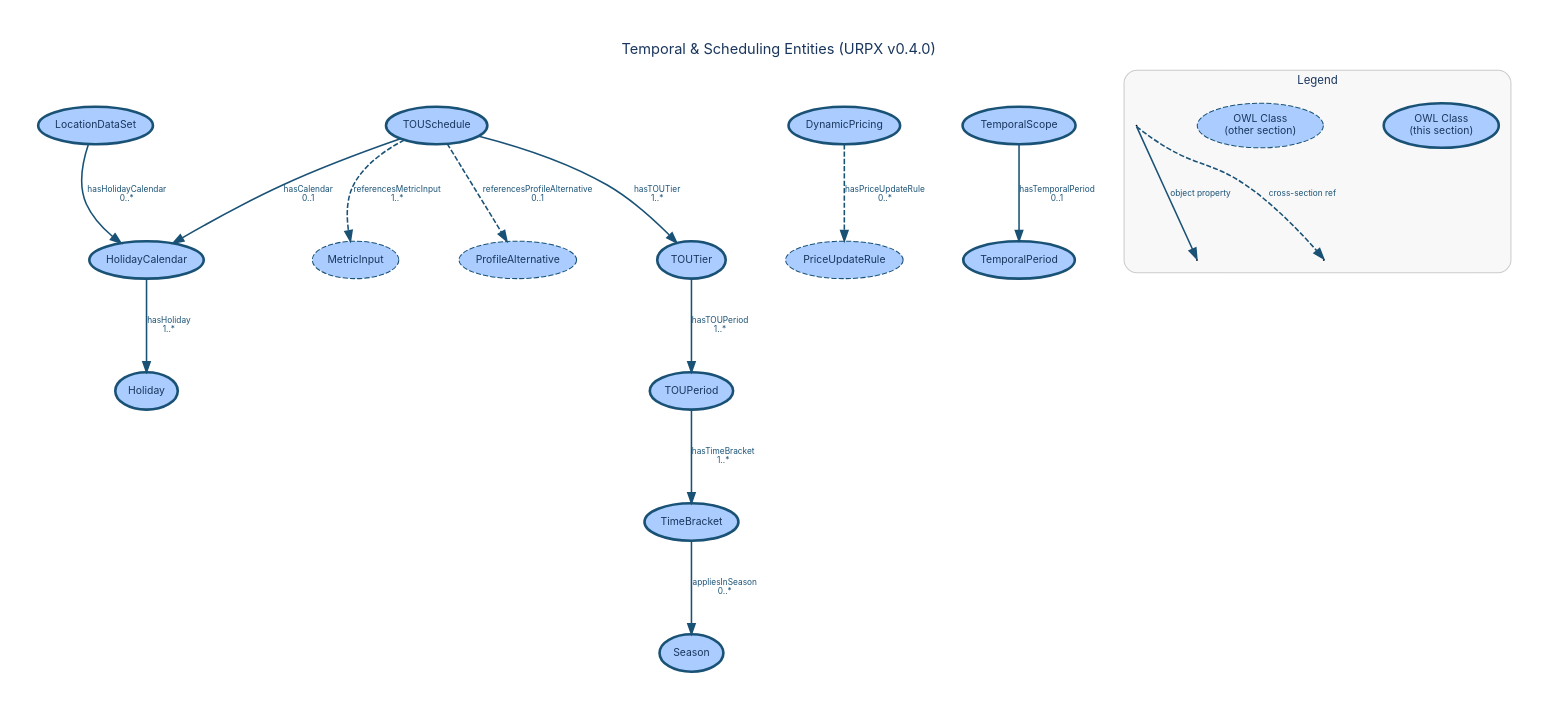
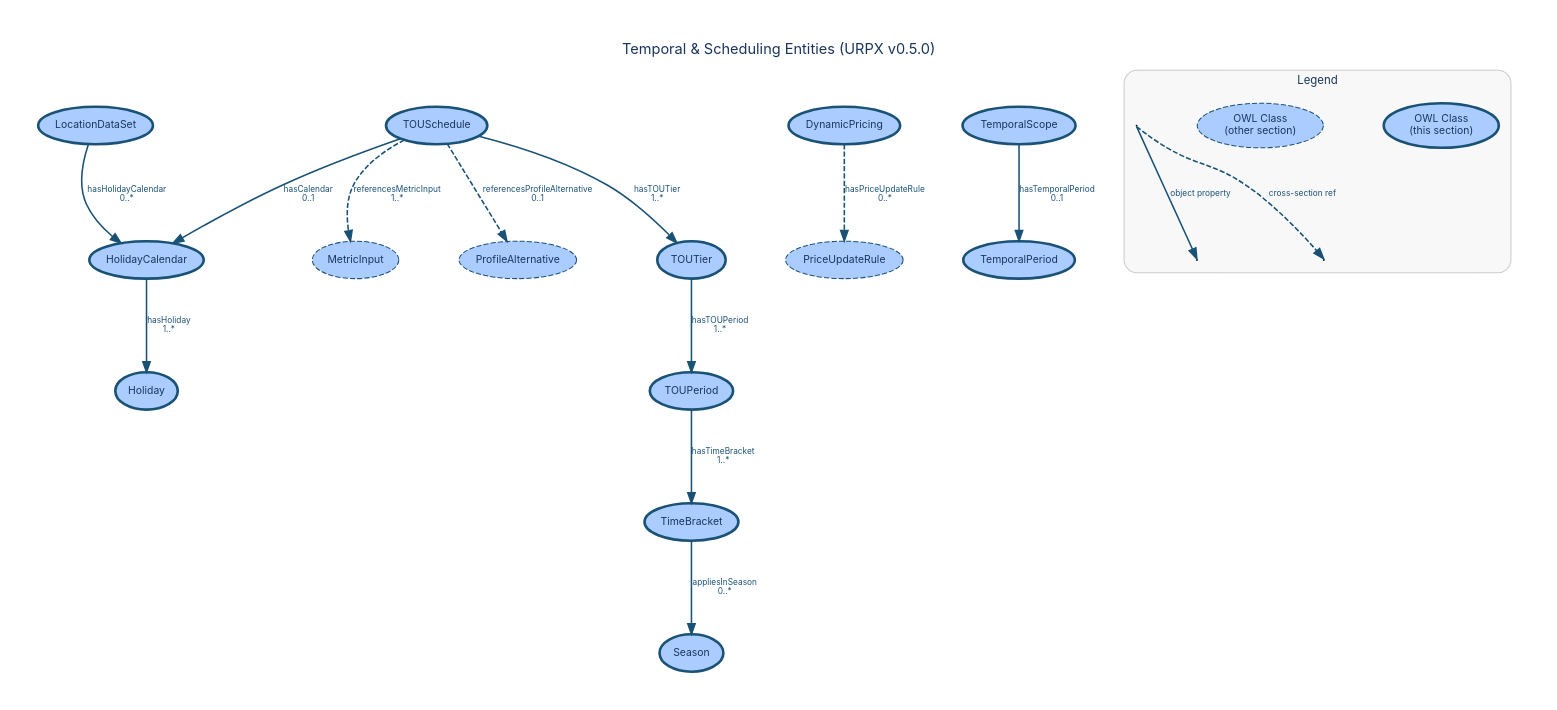
Before and after one commit to urpx-org/urpx: the diagram in documentation/diagrams/dictionary/temporal-scheduling-entities.dot, drawn with Graphviz. The commit also changed 28 other files, not shown here.

```diff
--- a/documentation/diagrams/dictionary/temporal-scheduling-entities.dot
+++ b/documentation/diagrams/dictionary/temporal-scheduling-entities.dot
@@ -1,129 +1,129 @@
 digraph "Temporal & Scheduling Entities" {
     rankdir=TB;
     bgcolor="white";
     pad=0.4;
     nodesep=0.8;
     ranksep=1.0;
     start=42;
     fontname="Inter, Helvetica, Arial, sans-serif";
-    label="Temporal & Scheduling Entities (URPX v0.4.0)";
+    label="Temporal & Scheduling Entities (URPX v0.5.0)";
     labelloc="t";
     fontsize=14;
     fontcolor="#1a365d";
     node [fontname="Inter, Helvetica, Arial, sans-serif", fontsize=10, style=filled, fontcolor="#1a365d"];
     edge [fontname="Inter, Helvetica, Arial, sans-serif", fontsize=8, fontcolor="#1a365d"];
 
     // Section classes
     Season [
         label="Season"
         shape=ellipse, fillcolor="#aaccff", color="#1a5276", penwidth=2.5
     ];
     TOUSchedule [
         label="TOUSchedule"
         shape=ellipse, fillcolor="#aaccff", color="#1a5276", penwidth=2.5
     ];
     TOUTier [
         label="TOUTier"
         shape=ellipse, fillcolor="#aaccff", color="#1a5276", penwidth=2.5
     ];
     TOUPeriod [
         label="TOUPeriod"
         shape=ellipse, fillcolor="#aaccff", color="#1a5276", penwidth=2.5
     ];
     TimeBracket [
         label="TimeBracket"
         shape=ellipse, fillcolor="#aaccff", color="#1a5276", penwidth=2.5
     ];
     HolidayCalendar [
         label="HolidayCalendar"
         shape=ellipse, fillcolor="#aaccff", color="#1a5276", penwidth=2.5
     ];
     Holiday [
         label="Holiday"
         shape=ellipse, fillcolor="#aaccff", color="#1a5276", penwidth=2.5
     ];
     LocationDataSet [
         label="LocationDataSet"
         shape=ellipse, fillcolor="#aaccff", color="#1a5276", penwidth=2.5
     ];
     DynamicPricing [
         label="DynamicPricing"
         shape=ellipse, fillcolor="#aaccff", color="#1a5276", penwidth=2.5
     ];
     TemporalScope [
         label="TemporalScope"
         shape=ellipse, fillcolor="#aaccff", color="#1a5276", penwidth=2.5
     ];
     TemporalPeriod [
         label="TemporalPeriod"
         shape=ellipse, fillcolor="#aaccff", color="#1a5276", penwidth=2.5
     ];
 
     // Cross-section references
     MetricInput [
         label="MetricInput"
         shape=ellipse, fillcolor="#aaccff", color="#1a5276", penwidth=1, style="filled,dashed"
     ];
     PriceUpdateRule [
         label="PriceUpdateRule"
         shape=ellipse, fillcolor="#aaccff", color="#1a5276", penwidth=1, style="filled,dashed"
     ];
     ProfileAlternative [
         label="ProfileAlternative"
         shape=ellipse, fillcolor="#aaccff", color="#1a5276", penwidth=1, style="filled,dashed"
     ];
 
     // Object property edges
     TOUSchedule -> HolidayCalendar [
         label="hasCalendar\n0..1", color="#1a5276", fontcolor="#1a5276", penwidth=1.5
     ];
     TOUSchedule -> TOUTier [
         label="hasTOUTier\n1..*", color="#1a5276", fontcolor="#1a5276", penwidth=1.5
     ];
     TOUSchedule -> MetricInput [
         label="referencesMetricInput\n1..*", style=dashed, color="#1a5276", fontcolor="#1a5276", penwidth=1.5
     ];
     TOUSchedule -> ProfileAlternative [
         label="referencesProfileAlternative\n0..1", style=dashed, color="#1a5276", fontcolor="#1a5276", penwidth=1.5
     ];
     TOUTier -> TOUPeriod [
         label="hasTOUPeriod\n1..*", color="#1a5276", fontcolor="#1a5276", penwidth=1.5
     ];
     TOUPeriod -> TimeBracket [
         label="hasTimeBracket\n1..*", color="#1a5276", fontcolor="#1a5276", penwidth=1.5
     ];
     TimeBracket -> Season [
         label="appliesInSeason\n0..*", color="#1a5276", fontcolor="#1a5276", penwidth=1.5
     ];
     HolidayCalendar -> Holiday [
         label="hasHoliday\n1..*", color="#1a5276", fontcolor="#1a5276", penwidth=1.5
     ];
     LocationDataSet -> HolidayCalendar [
         label="hasHolidayCalendar\n0..*", color="#1a5276", fontcolor="#1a5276", penwidth=1.5
     ];
     DynamicPricing -> PriceUpdateRule [
         label="hasPriceUpdateRule\n0..*", style=dashed, color="#1a5276", fontcolor="#1a5276", penwidth=1.5
     ];
     TemporalScope -> TemporalPeriod [
         label="hasTemporalPeriod\n0..1", color="#1a5276", fontcolor="#1a5276", penwidth=1.5
     ];
 
     subgraph cluster_legend {
         label="Legend";
         fontname="Inter, Helvetica, Arial, sans-serif";
         fontsize=11;
         fontcolor="#1a365d";
         style=rounded;
         color="#cccccc";
         bgcolor="#f8f8f8";
         margin=12;
 
         leg_class [label="OWL Class\n(this section)", shape=ellipse, fillcolor="#aaccff", color="#1a5276", penwidth=2.5];
         leg_xref [label="OWL Class\n(other section)", shape=ellipse, fillcolor="#aaccff", color="#1a5276", penwidth=1, style="filled,dashed"];
         leg_src [label=" ", shape=point, width=0.01];
         leg_tgt1 [label=" ", shape=point, width=0.01];
         leg_src -> leg_tgt1 [label="object property", color="#1a5276", fontcolor="#1a5276", penwidth=1.5];
         leg_tgt2 [label=" ", shape=point, width=0.01];
         leg_src -> leg_tgt2 [label="cross-section ref", style=dashed, color="#1a5276", fontcolor="#1a5276", penwidth=1.5];
     }
 }
```
